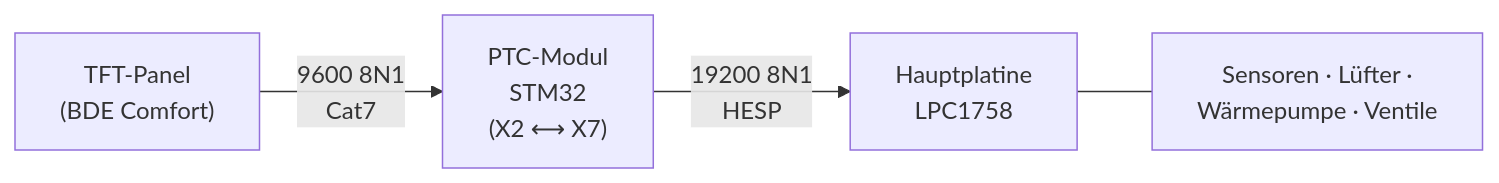
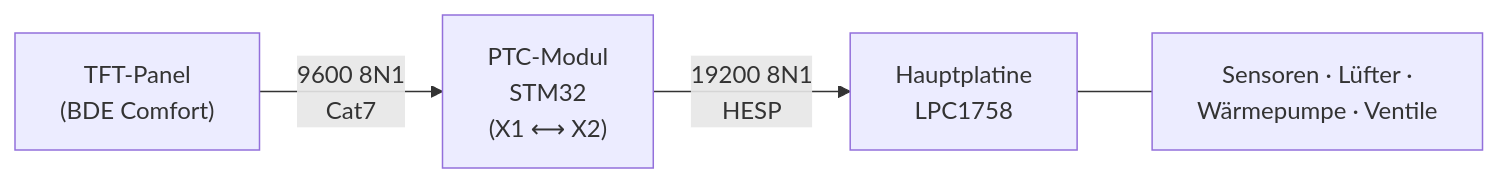
The diagram in docs/index.md (markusmauch/proxon-hesp), drawn with Mermaid before and after one commit. The commit also changed other lines of this file and 6 other files, not shown here.

First line of the commit message:
Anlage: Kabelweg korrigiert (BDE an PTC-X1, PTC-X2 an X6, X7 ab Werk frei), Messanleitung und Fotos

````diff
--- a/docs/index.md
+++ b/docs/index.md
@@ -28,6 +29,6 @@
 ```mermaid
 flowchart LR
-    BDE["TFT-Panel<br/>(BDE Comfort)"] -->|9600 8N1<br/>Cat7| PTC["PTC-Modul<br/>STM32<br/>(X2 ⟷ X7)"]
+    BDE["TFT-Panel<br/>(BDE Comfort)"] -->|9600 8N1<br/>Cat7| PTC["PTC-Modul<br/>STM32<br/>(X1 ⟷ X2)"]
     PTC -->|19200 8N1<br/>HESP| LPC["Hauptplatine<br/>LPC1758"]
     LPC --- SENS["Sensoren · Lüfter ·<br/>Wärmepumpe · Ventile"]
 ```
````
